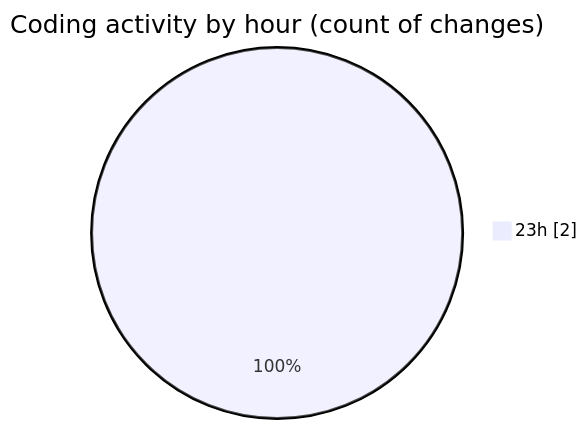
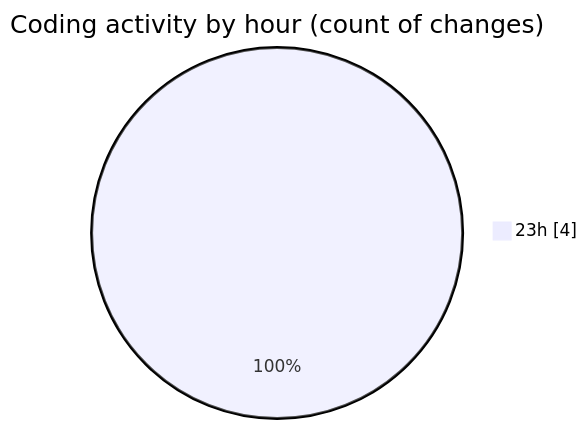
Before and after one commit to EIIisD/code-tracking: the second of 2 diagrams in 2025-07-23/ableton-mcp-extended/README.md, drawn with Mermaid. The commit also changed other lines of this file and 1 other file, not shown here.

````diff
--- a/2025-07-23/ableton-mcp-extended/README.md
+++ b/2025-07-23/ableton-mcp-extended/README.md
@@ -28,5 +30,5 @@
 ```mermaid
 pie showData
 title Coding activity by hour (count of changes)
-"23h" : 2
+"23h" : 4
 ```
````
